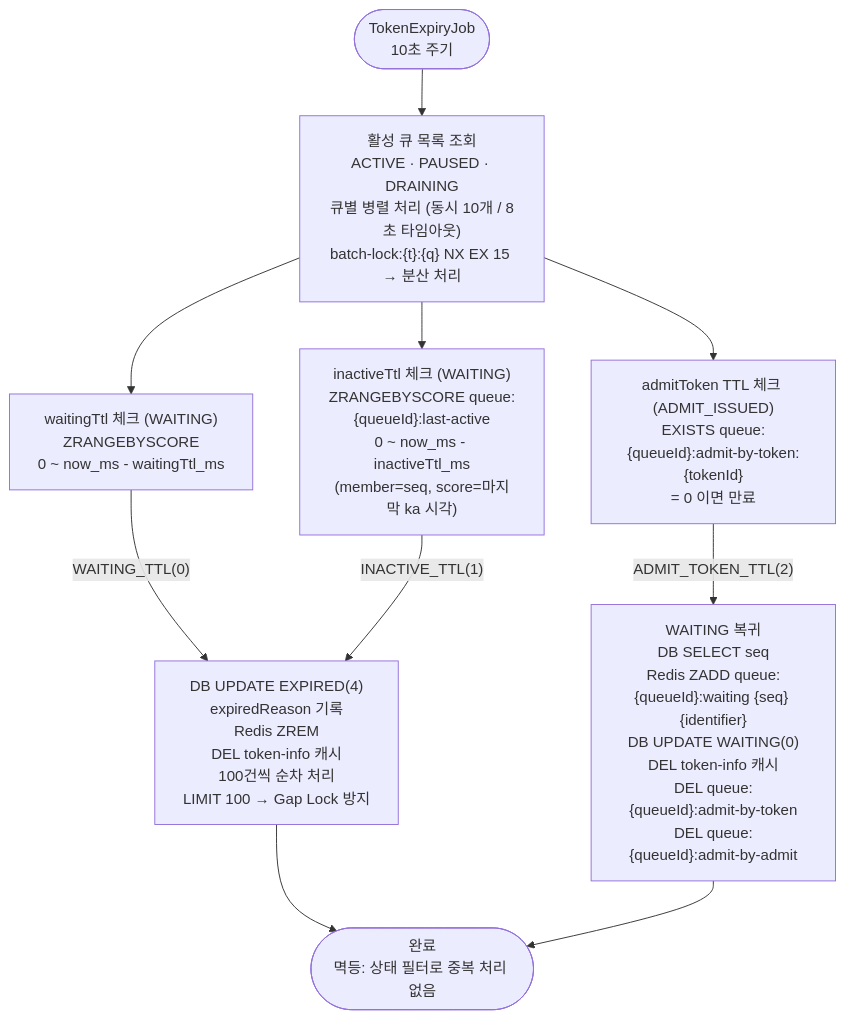
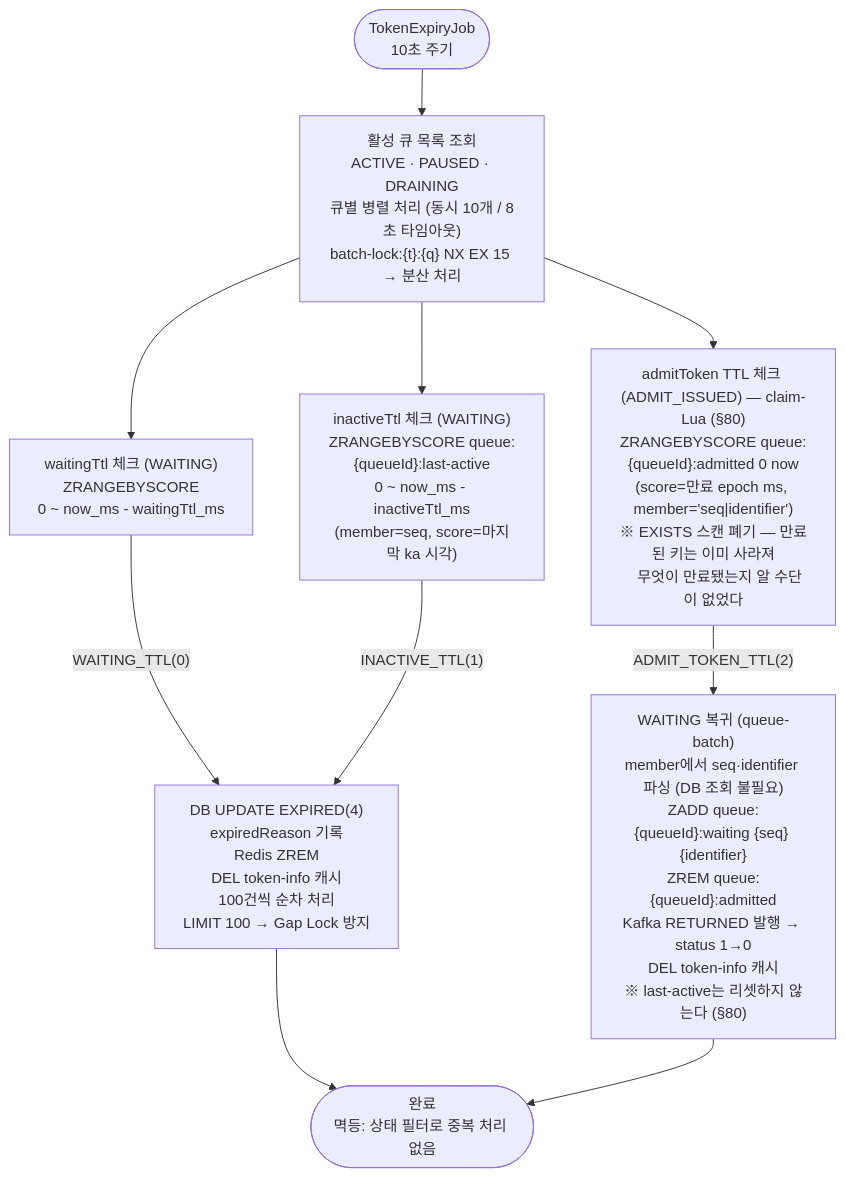
The sixth of 11 diagrams in doc/FLOW.md (S-Onix/queue-platform), drawn with Mermaid before and after one commit. The commit also changed other lines of this file and 6 other files, not shown here.

First line of the commit message:
docs(admit): Sprint 7 Admit 설계 확정 — 전 구간 원자 Lua + 동기 응답 (§80)

````diff
--- a/doc/FLOW.md
+++ b/doc/FLOW.md
@@ -221,19 +225,19 @@
 ```mermaid
 flowchart TD
     JOB(["TokenExpiryJob\n10초 주기"])
     --> ALIST["활성 큐 목록 조회\nACTIVE · PAUSED · DRAINING\n큐별 병렬 처리 (동시 10개 / 8초 타임아웃)\nbatch-lock:{t}:{q} NX EX 15 → 분산 처리"]
 
     ALIST --> W1 & W2 & W3
 
     W1["waitingTtl 체크 (WAITING)\nZRANGEBYSCORE\n0 ~ now_ms - waitingTtl_ms"]
     W2["inactiveTtl 체크 (WAITING)\nZRANGEBYSCORE queue:{queueId}:last-active\n0 ~ now_ms - inactiveTtl_ms\n(member=seq, score=마지막 ka 시각)"]
-    W3["admitToken TTL 체크 (ADMIT_ISSUED)\nEXISTS queue:{queueId}:admit-by-token:{tokenId}\n= 0 이면 만료"]
+    W3["admitToken TTL 체크 (ADMIT_ISSUED) — claim-Lua (§80)\nZRANGEBYSCORE queue:{queueId}:admitted 0 now\n(score=만료 epoch ms, member='seq|identifier')\n※ EXISTS 스캔 폐기 — 만료된 키는 이미 사라져\n   무엇이 만료됐는지 알 수단이 없었다"]
 
     W1 -->|"WAITING_TTL(0)"| EXP["DB UPDATE EXPIRED(4)\nexpiredReason 기록\nRedis ZREM\nDEL token-info 캐시\n100건씩 순차 처리\nLIMIT 100 → Gap Lock 방지"]
     W2 -->|"INACTIVE_TTL(1)"| EXP
 
-    W3 -->|"ADMIT_TOKEN_TTL(2)"| BACK["WAITING 복귀\nDB SELECT seq\nRedis ZADD queue:{queueId}:waiting {seq} {identifier}\nDB UPDATE WAITING(0)\nDEL token-info 캐시\nDEL queue:{queueId}:admit-by-token\nDEL queue:{queueId}:admit-by-admit"]
+    W3 -->|"ADMIT_TOKEN_TTL(2)"| BACK["WAITING 복귀 (queue-batch)\nmember에서 seq·identifier 파싱 (DB 조회 불필요)\nZADD queue:{queueId}:waiting {seq} {identifier}\nZREM queue:{queueId}:admitted\nKafka RETURNED 발행 → status 1→0\nDEL token-info 캐시\n※ last-active는 리셋하지 않는다 (§80)"]
 
     EXP --> DONE(["완료\n멱등: 상태 필터로 중복 처리 없음"])
     BACK --> DONE
 ```
````
